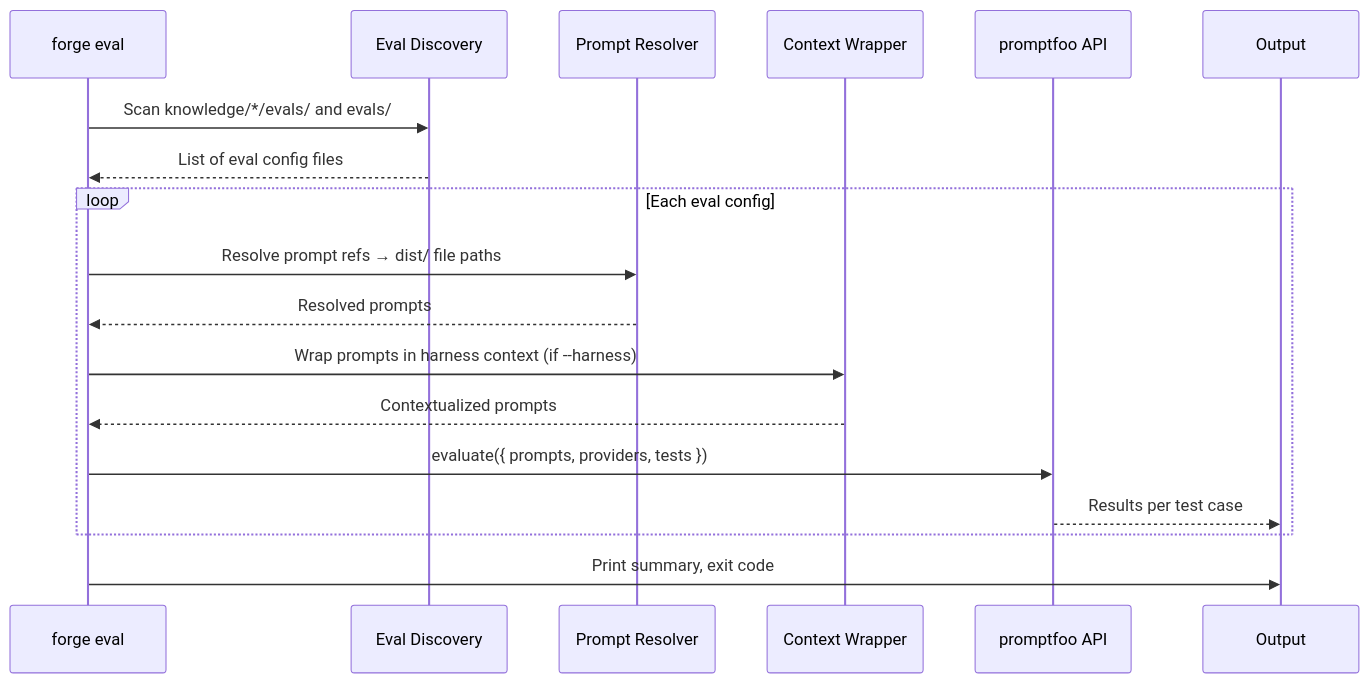
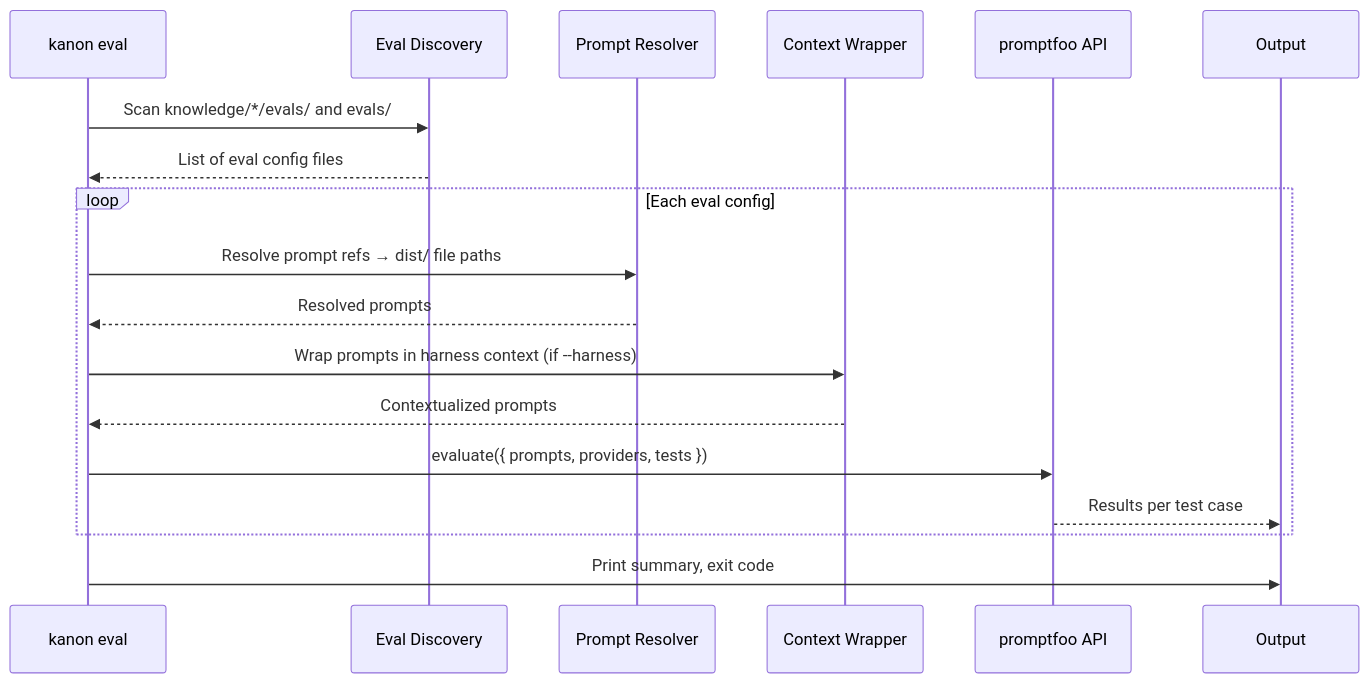
Before and after one commit to jhu-sheridan-libraries/agentic-skill-library: the fifth of 5 diagrams in .kiro/specs/skill-forge-monorepo/design.md, drawn with Mermaid. The commit also changed other lines of this file and 1269 other files, not shown here.

````diff
--- a/.kiro/specs/skill-forge-monorepo/design.md
+++ b/.kiro/specs/skill-forge-monorepo/design.md
@@ -635,21 +635,21 @@
 ```mermaid
 sequenceDiagram
-    participant CLI as forge eval
+    participant CLI as kanon eval
     participant Disc as Eval Discovery
     participant Res as Prompt Resolver
     participant Ctx as Context Wrapper
     participant PF as promptfoo API
     participant Out as Output
 
     CLI->>Disc: Scan knowledge/*/evals/ and evals/
     Disc-->>CLI: List of eval config files
     loop Each eval config
         CLI->>Res: Resolve prompt refs → dist/ file paths
         Res-->>CLI: Resolved prompts
         CLI->>Ctx: Wrap prompts in harness context (if --harness)
         Ctx-->>CLI: Contextualized prompts
         CLI->>PF: evaluate({ prompts, providers, tests })
         PF-->>Out: Results per test case
     end
     CLI->>Out: Print summary, exit code
 ```
````
